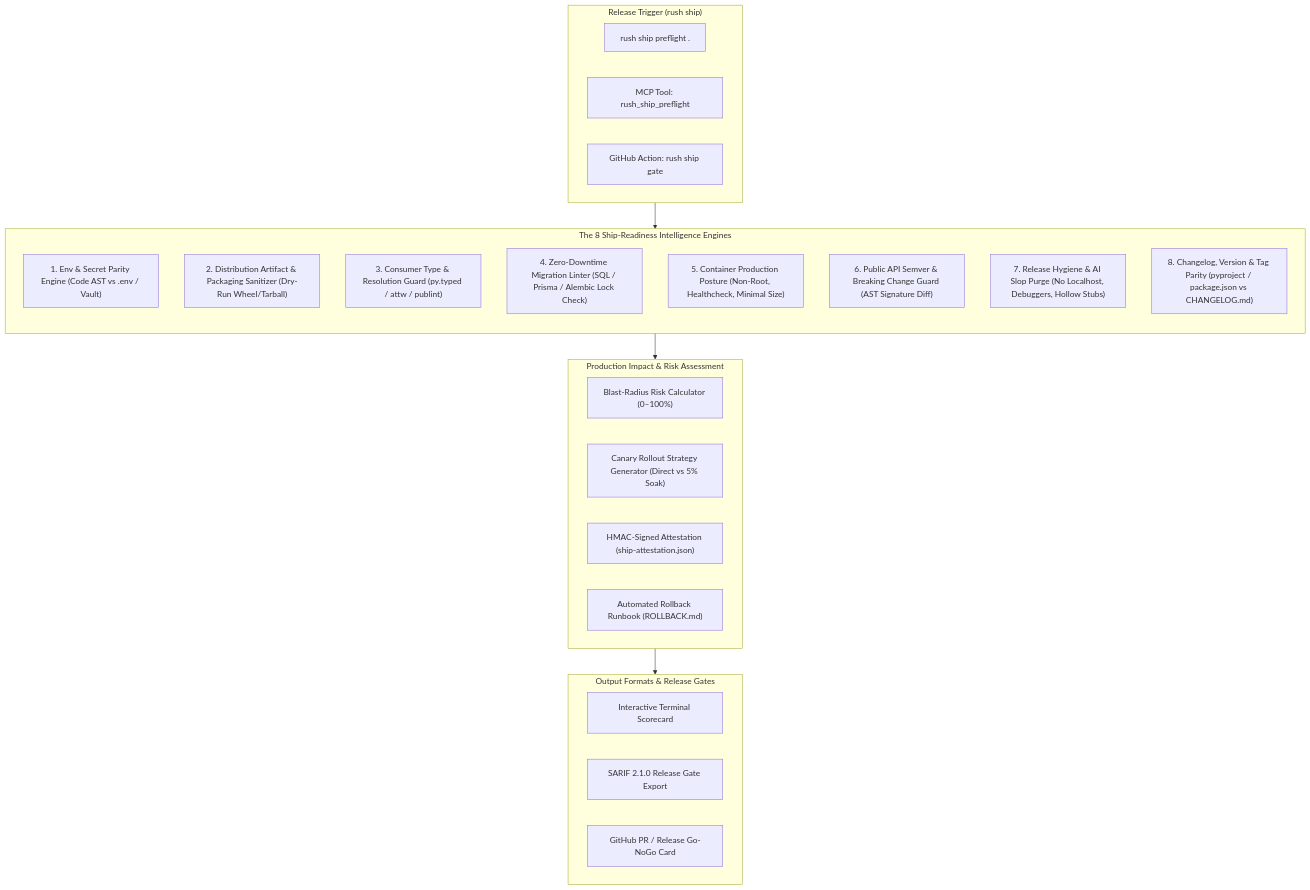
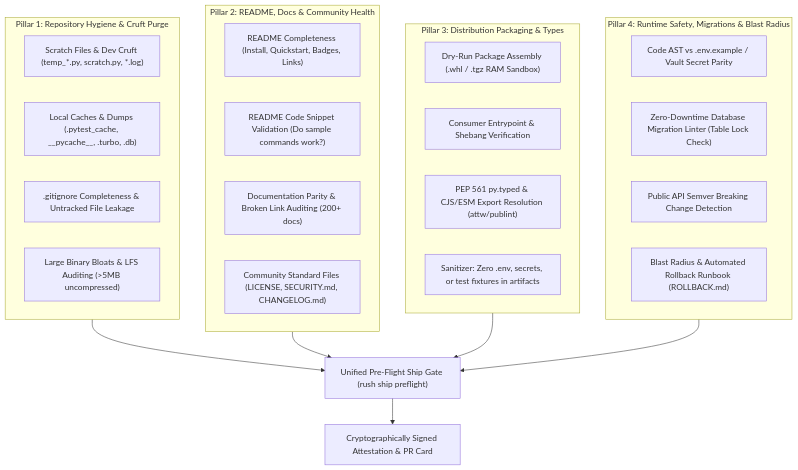
Before and after one commit to jamesdsizemore/rush-cli: the second of 2 diagrams in docs/developer/ship-readiness-deep-research-report.md, drawn with Mermaid. The commit also changed other lines of this file, not shown here.

Commit message:
docs(research): expand ship-readiness report with repo hygiene, readme health, and dev cruft purge

````diff
--- a/docs/developer/ship-readiness-deep-research-report.md
+++ b/docs/developer/ship-readiness-deep-research-report.md
@@ -79,37 +67,33 @@
 ```mermaid
-flowchart TB
-    subgraph Trigger["Release Trigger (rush ship)"]
-        CLI["rush ship preflight ."]
-        MCP["MCP Tool: rush_ship_preflight"]
-        CI["GitHub Action: rush ship gate"]
+flowchart TD
+    subgraph P1["Pillar 1: Repository Hygiene & Cruft Purge"]
+        C1["Scratch Files & Dev Cruft (temp_*.py, scratch.py, *.log)"]
+        C2["Local Caches & Dumps (.pytest_cache, __pycache__, .turbo, .db)"]
+        C3[".gitignore Completeness & Untracked File Leakage"]
+        C4["Large Binary Bloats & LFS Auditing (>5MB uncompressed)"]
     end
 
-    subgraph PreflightEngines["The 8 Ship-Readiness Intelligence Engines"]
-        direction TB
-        E1["1. Env & Secret Parity Engine (Code AST vs .env / Vault)"]
-        E2["2. Distribution Artifact & Packaging Sanitizer (Dry-Run Wheel/Tarball)"]
-        E3["3. Consumer Type & Resolution Guard (py.typed / attw / publint)"]
-        E4["4. Zero-Downtime Migration Linter (SQL / Prisma / Alembic Lock Check)"]
-        E5["5. Container Production Posture (Non-Root, Healthcheck, Minimal Size)"]
-        E6["6. Public API Semver & Breaking Change Guard (AST Signature Diff)"]
-        E7["7. Release Hygiene & AI Slop Purge (No Localhost, Debuggers, Hollow Stubs)"]
-        E8["8. Changelog, Version & Tag Parity (pyproject / package.json vs CHANGELOG.md)"]
+    subgraph P2["Pillar 2: README, Docs & Community Health"]
+        D1["README Completeness (Install, Quickstart, Badges, Links)"]
+        D2["README Code Snippet Validation (Do sample commands work?)"]
+        D3["Documentation Parity & Broken Link Auditing (200+ docs)"]
+        D4["Community Standard Files (LICENSE, SECURITY.md, CHANGELOG.md)"]
     end
 
-    subgraph DecisionMatrix["Production Impact & Risk Assessment"]
-        BlastRadius["Blast-Radius Risk Calculator (0–100%)"]
-        CanaryRecommender["Canary Rollout Strategy Generator (Direct vs 5% Soak)"]
-        AttestationSigner["HMAC-Signed Attestation (ship-attestation.json)"]
-        RollbackGenerator["Automated Rollback Runbook (ROLLBACK.md)"]
+    subgraph P3["Pillar 3: Distribution Packaging & Types"]
+        T1["Dry-Run Package Assembly (.whl / .tgz RAM Sandbox)"]
+        T2["Consumer Entrypoint & Shebang Verification"]
+        T3["PEP 561 py.typed & CJS/ESM Export Resolution (attw/publint)"]
+        T4["Sanitizer: Zero .env, secrets, or test fixtures in artifacts"]
     end
 
-    subgraph Outputs["Output Formats & Release Gates"]
-        TerminalReport["Interactive Terminal Scorecard"]
-        SARIFExport["SARIF 2.1.0 Release Gate Export"]
-        PRSummary["GitHub PR / Release Go-NoGo Card"]
+    subgraph P4["Pillar 4: Runtime Safety, Migrations & Blast Radius"]
+        R1["Code AST vs .env.example / Vault Secret Parity"]
+        R2["Zero-Downtime Database Migration Linter (Table Lock Check)"]
+        R3["Public API Semver Breaking Change Detection"]
+        R4["Blast Radius & Automated Rollback Runbook (ROLLBACK.md)"]
     end
 
-    Trigger --> PreflightEngines
-    PreflightEngines --> DecisionMatrix
-    DecisionMatrix --> Outputs
+    P1 & P2 & P3 & P4 --> PreflightGate["Unified Pre-Flight Ship Gate (rush ship preflight)"]
+    PreflightGate --> Attestation["Cryptographically Signed Attestation & PR Card"]
 ```
````
